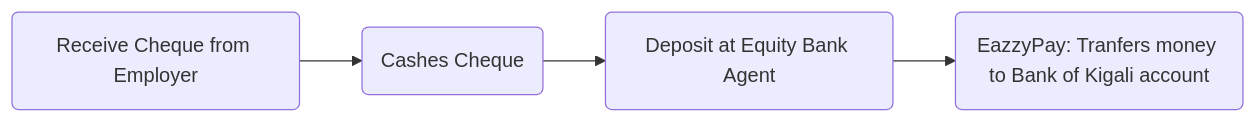
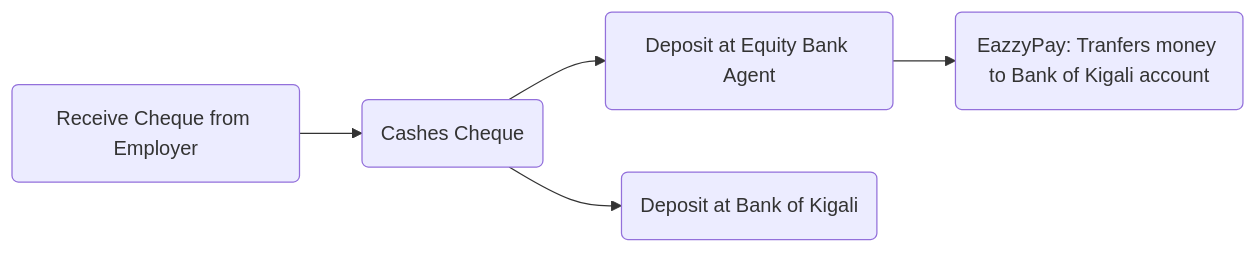
One commit to peakshift/bed.money changed the first of 3 diagrams in _personas/a6b7c.md. Above: the diagram before and after it, drawn with Mermaid. The commit also changed other lines of this file, not shown here.

```diff
--- a/_personas/a6b7c.md
+++ b/_personas/a6b7c.md
@@ -61,4 +68,5 @@
 {% mermaid %}
 graph LR
   1(Receive Cheque from Employer) --> 2(Cashes Cheque) --> 3(Deposit at Equity Bank Agent) --> 4(EazzyPay: Tranfers money to Bank of Kigali account)
+  2 --> 3.1(Deposit at Bank of Kigali)
 {% endmermaid %}
```
